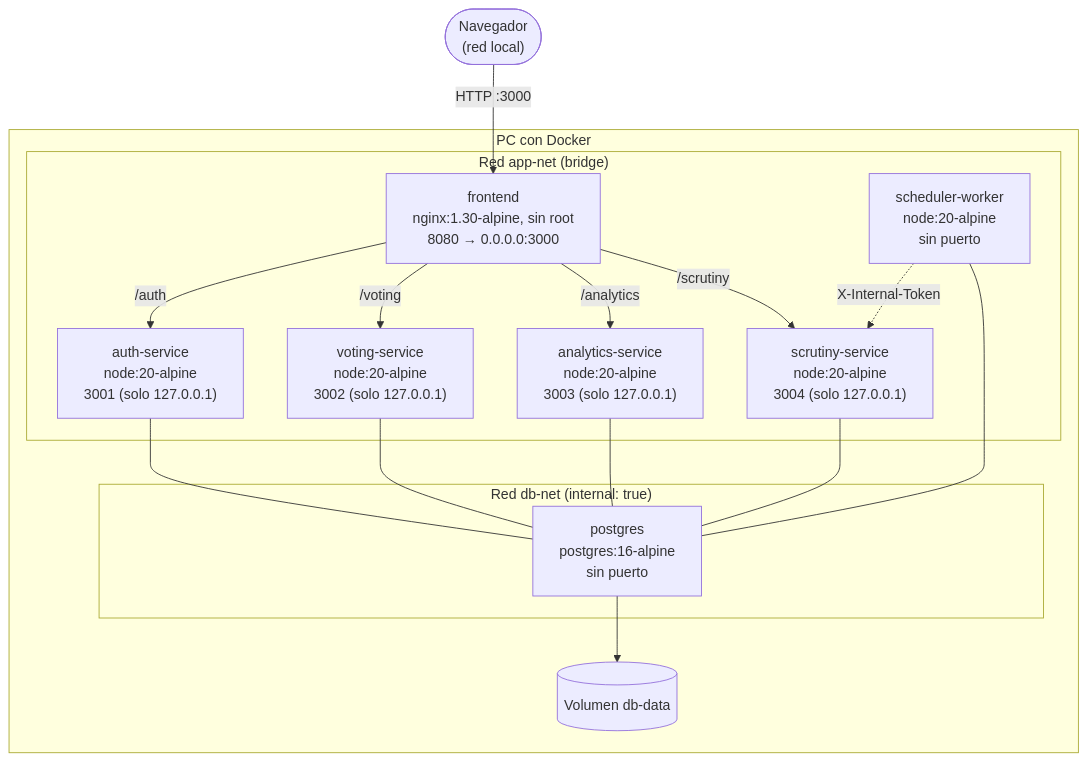
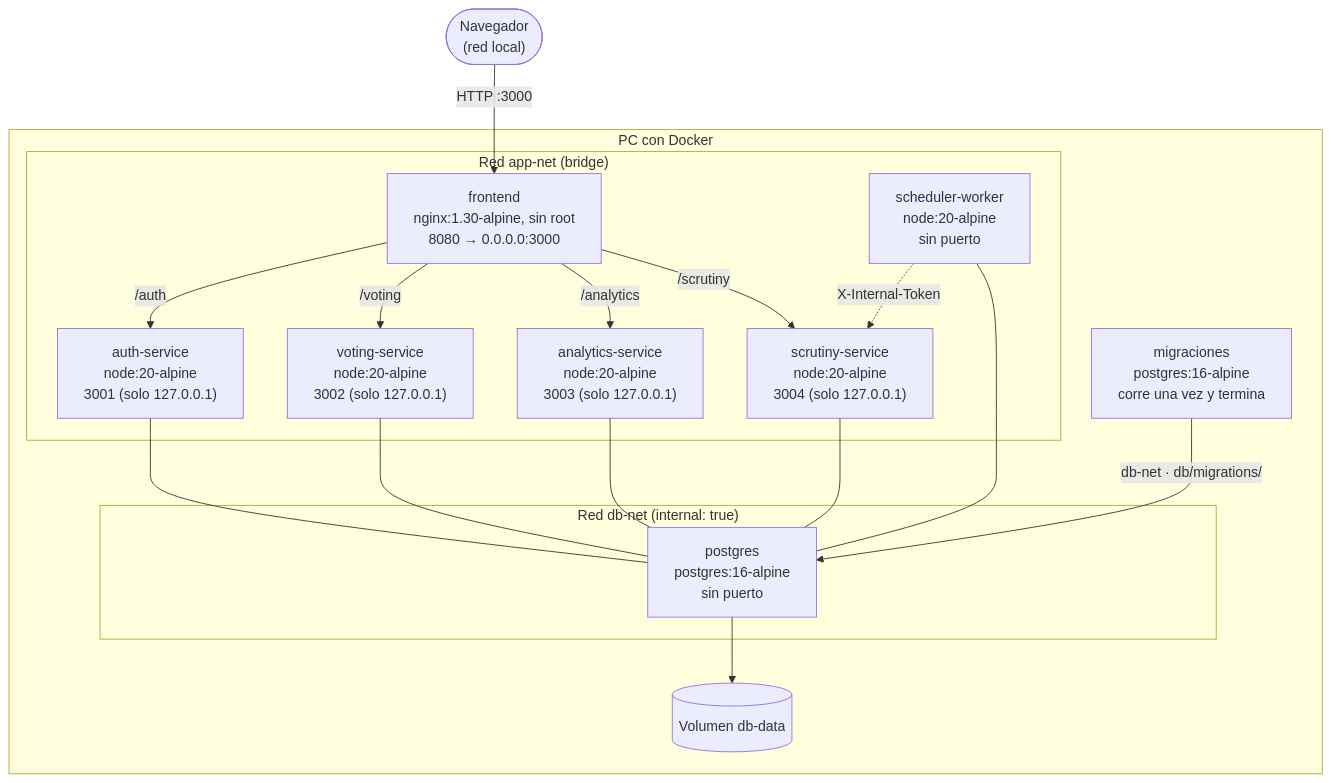
The second of 8 diagrams in docs/informe-tecnico.md (NicolasPineda1421/LiveMetric), drawn with Mermaid before and after one commit. The commit also changed other lines of this file and 6 other files, not shown here.

````diff
--- a/docs/informe-tecnico.md
+++ b/docs/informe-tecnico.md
@@ -140,32 +140,34 @@
 ```mermaid
 graph TB
     Navegador(["Navegador<br/>(red local)"])
 
     subgraph Host["PC con Docker"]
         subgraph appnet["Red app-net (bridge)"]
             C_FE["frontend<br/>nginx:1.30-alpine, sin root<br/>8080 → 0.0.0.0:3000"]
             C_AUTH["auth-service<br/>node:20-alpine<br/>3001 (solo 127.0.0.1)"]
             C_VOTING["voting-service<br/>node:20-alpine<br/>3002 (solo 127.0.0.1)"]
             C_ANALYTICS["analytics-service<br/>node:20-alpine<br/>3003 (solo 127.0.0.1)"]
             C_SCRUTINY["scrutiny-service<br/>node:20-alpine<br/>3004 (solo 127.0.0.1)"]
             C_SCHED["scheduler-worker<br/>node:20-alpine<br/>sin puerto"]
         end
         subgraph dbnet["Red db-net (internal: true)"]
             C_DB["postgres<br/>postgres:16-alpine<br/>sin puerto"]
         end
         V_PG[("Volumen db-data")]
+        C_MIG["migraciones<br/>postgres:16-alpine<br/>corre una vez y termina"]
     end
 
     Navegador -->|"HTTP :3000"| C_FE
     C_FE -->|"/auth"| C_AUTH
     C_FE -->|"/voting"| C_VOTING
     C_FE -->|"/analytics"| C_ANALYTICS
     C_FE -->|"/scrutiny"| C_SCRUTINY
     C_SCHED -.->|"X-Internal-Token"| C_SCRUTINY
     C_AUTH --- C_DB
     C_VOTING --- C_DB
     C_ANALYTICS --- C_DB
     C_SCRUTINY --- C_DB
     C_SCHED --- C_DB
+    C_MIG -->|"db-net · db/migrations/"| C_DB
     C_DB --> V_PG
 ```
````
